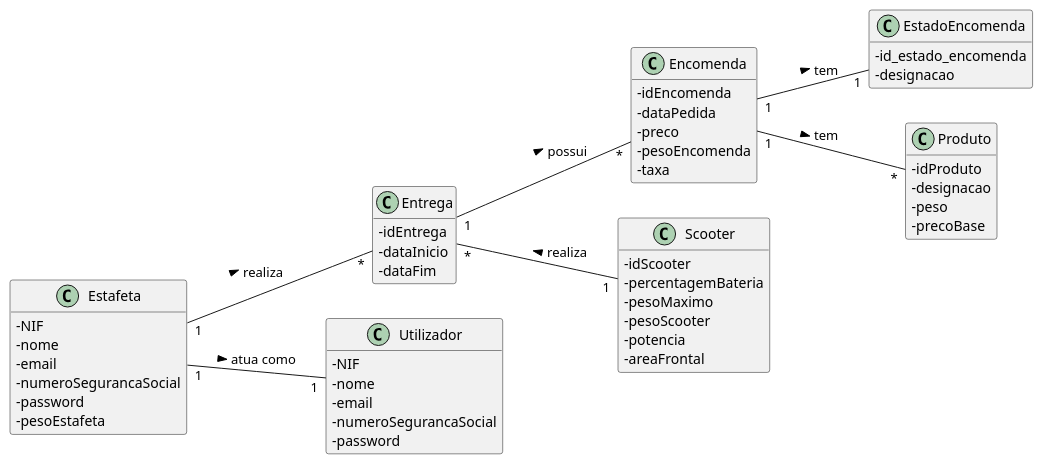
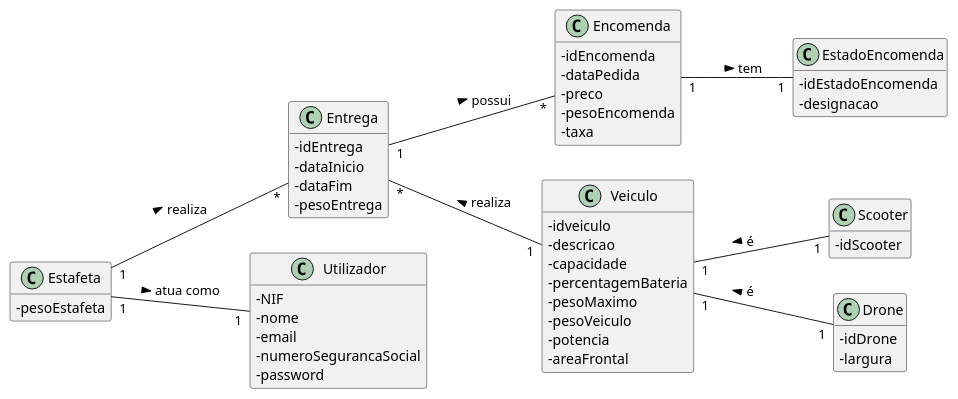
One commit to pedrolemos4/LAPR3 changed the diagram in docs/UC6/RegistoEntregaMD.puml. Above: the diagram before and after it, drawn with PlantUML. The commit also changed 15 other files, not shown here.

```diff
--- a/docs/UC6/RegistoEntregaMD.puml
+++ b/docs/UC6/RegistoEntregaMD.puml
@@ -1,65 +1,67 @@
 @startuml
 skinparam classAttributeIconSize 0
 hide methods
 left to right direction
 
 class Entrega {
   -idEntrega
   -dataInicio
   -dataFim
+  -pesoEntrega
 }
 
 class Encomenda {
   -idEncomenda
   -dataPedida
   -preco
   -pesoEncomenda
   -taxa
 }
 
 class Estafeta {
-  -NIF
-  -nome
-  -email
-  -numeroSegurancaSocial
-  -password
   -pesoEstafeta
 }
 
+
 class Scooter {
   -idScooter
-  -percentagemBateria
-  -pesoMaximo
-  -pesoScooter
-  -potencia
-  -areaFrontal
+}
+
+class EstadoEncomenda {
+  -idEstadoEncomenda
+  -designacao
 }
 
 class Utilizador {
   -NIF
   -nome
   -email
   -numeroSegurancaSocial
   -password
 }
 
-class EstadoEncomenda {
-  -id_estado_encomenda
-  -designacao
+class Veiculo {
+  -idveiculo
+  -descricao
+  -capacidade
+  -percentagemBateria
+  -pesoMaximo
+  -pesoVeiculo
+  -potencia
+  -areaFrontal
 }
 
-class Produto {
-  -idProduto
-  -designacao
-  -peso
-  -precoBase
+class Drone {
+  -idDrone
+  -largura
 }
 
-Estafeta "1" -- "1" Utilizador: atua como >
+Encomenda "1" -- "1" EstadoEncomenda : tem >
 Entrega "1" -- "*" Encomenda : possui >
 Estafeta "1" -- "*" Entrega: realiza >
-Entrega "*" -- "1" Scooter: realiza <
-Encomenda "1" -- "*" Produto: tem >
-Encomenda "1" -- "1" EstadoEncomenda : tem >
+Entrega "*" -- "1" Veiculo: realiza <
+Estafeta "1" -- "1" Utilizador: atua como >
+Veiculo "1" -- "1" Drone: é <
+Veiculo "1" -- "1" Scooter: é <
 
 @enduml
```
